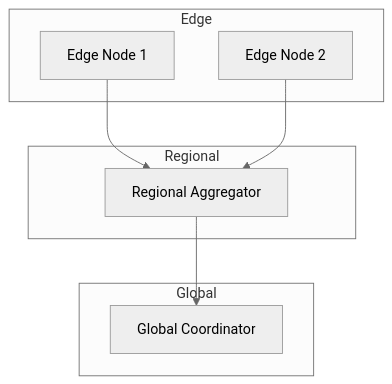
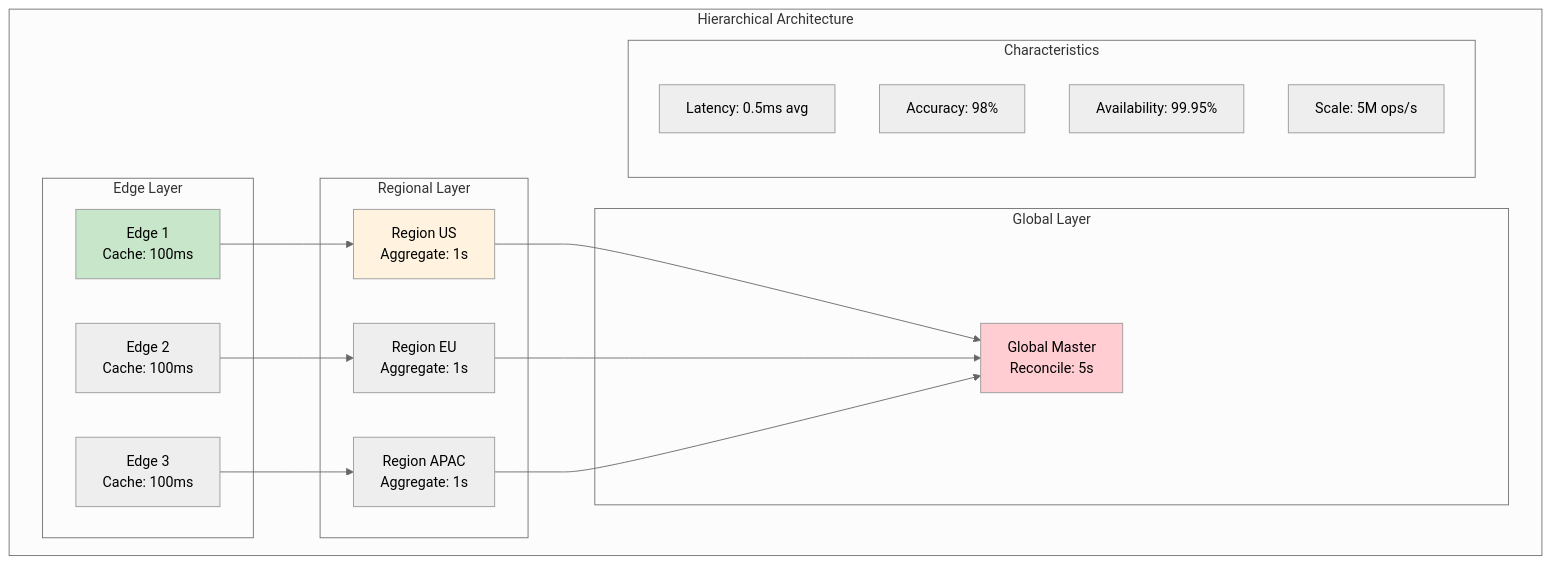
Diagram 19 of 31 in docs/architects-handbook/case-studies/monitoring-observability/rate-limiter.md (deepaucksharma/DStudio), drawn with Mermaid (neutral theme) before and after one commit. The commit also changed other lines of this file and 257 other files, not shown here.

First line of the commit message:
feat: enhance case studies with comprehensive visual diagrams

````diff
--- a/docs/architects-handbook/case-studies/monitoring-observability/rate-limiter.md
+++ b/docs/architects-handbook/case-studies/monitoring-observability/rate-limiter.md
@@ -638,18 +973,39 @@
 ```mermaid
 graph TB
-    subgraph "Edge"
-        E1[Edge Node 1]
-        E2[Edge Node 2]
+    subgraph "Hierarchical Architecture"
+        subgraph "Edge Layer"
+            E1[Edge 1<br/>Cache: 100ms]
+            E2[Edge 2<br/>Cache: 100ms]
+            E3[Edge 3<br/>Cache: 100ms]
+        end
+        
+        subgraph "Regional Layer"
+            R1[Region US<br/>Aggregate: 1s]
+            R2[Region EU<br/>Aggregate: 1s]
+            R3[Region APAC<br/>Aggregate: 1s]
+        end
+        
+        subgraph "Global Layer"
+            G[Global Master<br/>Reconcile: 5s]
+        end
+        
+        subgraph "Characteristics"
+            LAT4[Latency: 0.5ms avg]
+            ACC3[Accuracy: 98%]
+            AVL3[Availability: 99.95%]
+            SCL3[Scale: 5M ops/s]
+        end
     end
     
-    subgraph "Regional"
-        R1[Regional Aggregator]
-    end
+    E1 --> R1
+    E2 --> R2
+    E3 --> R3
     
-    subgraph "Global"
-        G[Global Coordinator]
-    end
+    R1 --> G
+    R2 --> G
+    R3 --> G
     
-    E1 & E2 --> R1
-    R1 --> G
+    style E1 fill:#c8e6c9
+    style R1 fill:#fff3e0
+    style G fill:#ffcdd2
 ```
````
